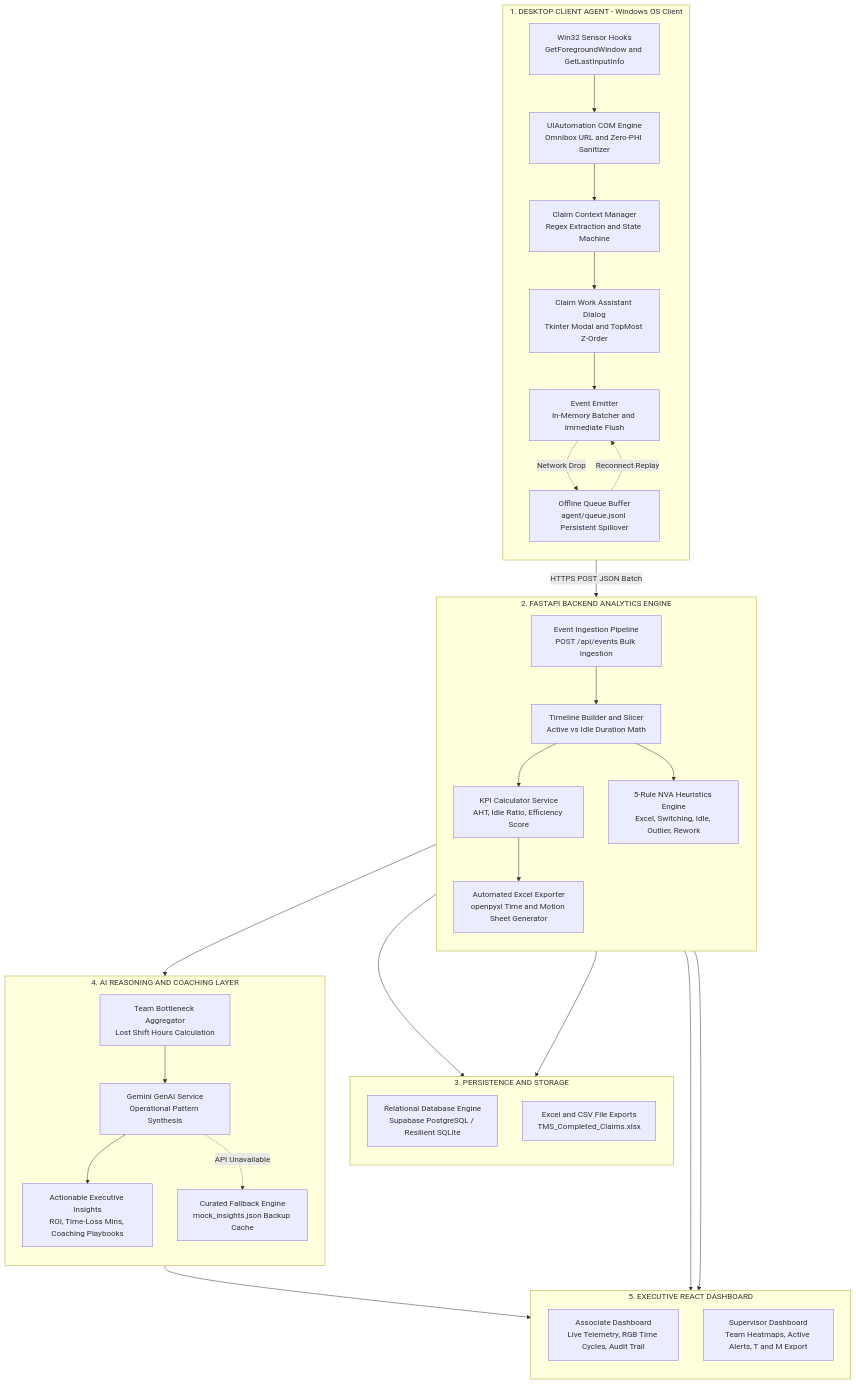
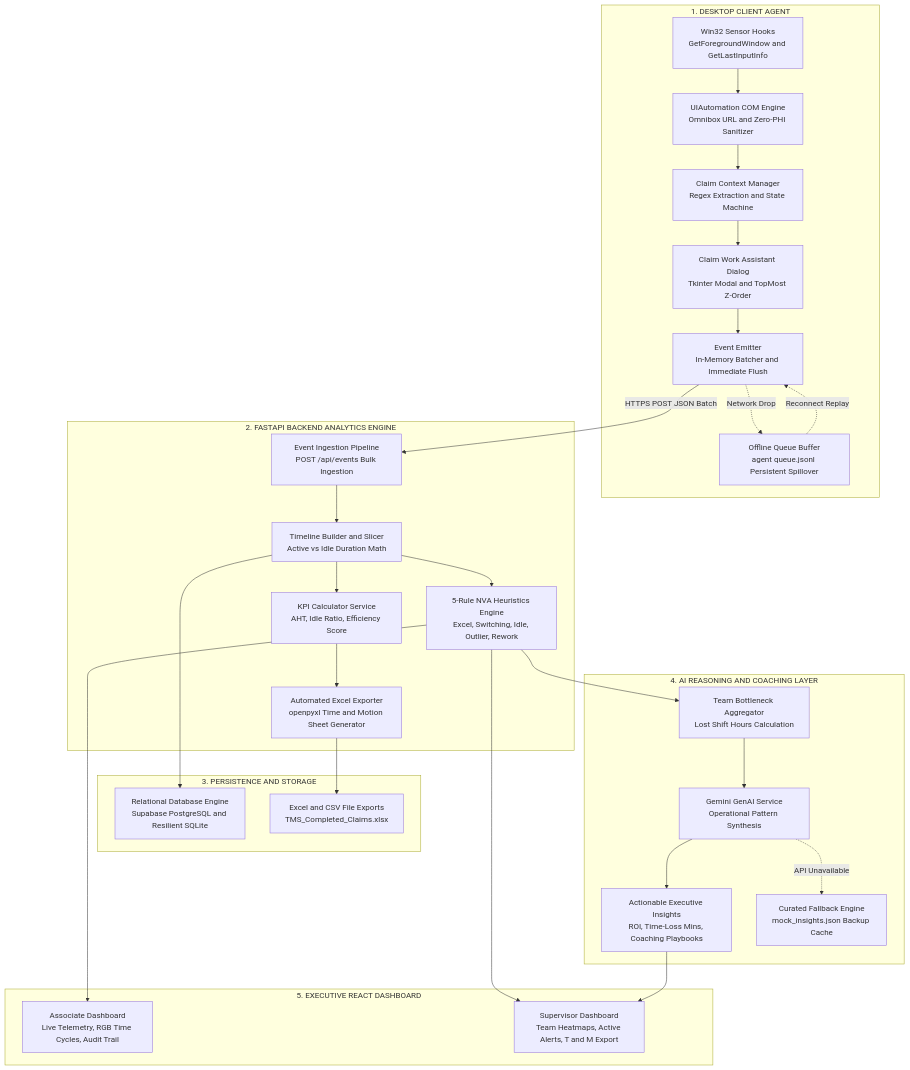
One commit to Gokul2004-ne/TMS changed the first of 3 diagrams in README.md. Above: the diagram before and after it, drawn with Mermaid. The commit also changed other lines of this file and 1 other file, not shown here.

Commit message:
docs: fix GitHub Mermaid rendering in README.md and ARCHITECTURE.md

````diff
--- a/README.md
+++ b/README.md
@@ -39,65 +39,60 @@
 ```mermaid
 flowchart TD
-    subgraph ClientLayer ["1. DESKTOP CLIENT AGENT - Windows OS Client"]
-        direction TB
+    subgraph ClientLayer ["1. DESKTOP CLIENT AGENT"]
         W32["Win32 Sensor Hooks<br>GetForegroundWindow and GetLastInputInfo"]
         UIA["UIAutomation COM Engine<br>Omnibox URL and Zero-PHI Sanitizer"]
         CCM["Claim Context Manager<br>Regex Extraction and State Machine"]
         DLG["Claim Work Assistant Dialog<br>Tkinter Modal and TopMost Z-Order"]
         EMIT["Event Emitter<br>In-Memory Batcher and Immediate Flush"]
-        DISK["Offline Queue Buffer<br>agent/queue.jsonl Persistent Spillover"]
+        DISK["Offline Queue Buffer<br>agent queue.jsonl Persistent Spillover"]
 
         W32 --> UIA
         UIA --> CCM
         CCM --> DLG
         DLG --> EMIT
         EMIT -.->|Network Drop| DISK
         DISK -.->|Reconnect Replay| EMIT
     end
 
     subgraph BackendLayer ["2. FASTAPI BACKEND ANALYTICS ENGINE"]
-        direction TB
         INGEST["Event Ingestion Pipeline<br>POST /api/events Bulk Ingestion"]
         TLB["Timeline Builder and Slicer<br>Active vs Idle Duration Math"]
         KPI["KPI Calculator Service<br>AHT, Idle Ratio, Efficiency Score"]
         NVA["5-Rule NVA Heuristics Engine<br>Excel, Switching, Idle, Outlier, Rework"]
         XLS["Automated Excel Exporter<br>openpyxl Time and Motion Sheet Generator"]
 
         INGEST --> TLB
         TLB --> KPI
         TLB --> NVA
         KPI --> XLS
     end
 
     subgraph StorageLayer ["3. PERSISTENCE AND STORAGE"]
-        direction TB
-        DB["Relational Database Engine<br>Supabase PostgreSQL / Resilient SQLite"]
+        DB["Relational Database Engine<br>Supabase PostgreSQL and Resilient SQLite"]
         XLS_FILE["Excel and CSV File Exports<br>TMS_Completed_Claims.xlsx"]
     end
 
     subgraph AILayer ["4. AI REASONING AND COACHING LAYER"]
-        direction TB
         AGG["Team Bottleneck Aggregator<br>Lost Shift Hours Calculation"]
         GEMINI["Gemini GenAI Service<br>Operational Pattern Synthesis"]
         INSIGHTS["Actionable Executive Insights<br>ROI, Time-Loss Mins, Coaching Playbooks"]
         FALLBACK["Curated Fallback Engine<br>mock_insights.json Backup Cache"]
 
         AGG --> GEMINI
         GEMINI --> INSIGHTS
         GEMINI -.->|API Unavailable| FALLBACK
     end
 
     subgraph DashboardLayer ["5. EXECUTIVE REACT DASHBOARD"]
-        direction TB
         ASSOC_DASH["Associate Dashboard<br>Live Telemetry, RGB Time Cycles, Audit Trail"]
         SUP_DASH["Supervisor Dashboard<br>Team Heatmaps, Active Alerts, T and M Export"]
     end
 
     EMIT -->|HTTPS POST JSON Batch| INGEST
     TLB --> DB
     XLS --> XLS_FILE
     NVA --> AGG
     NVA --> ASSOC_DASH
     NVA --> SUP_DASH
     INSIGHTS --> SUP_DASH
 ```
````
